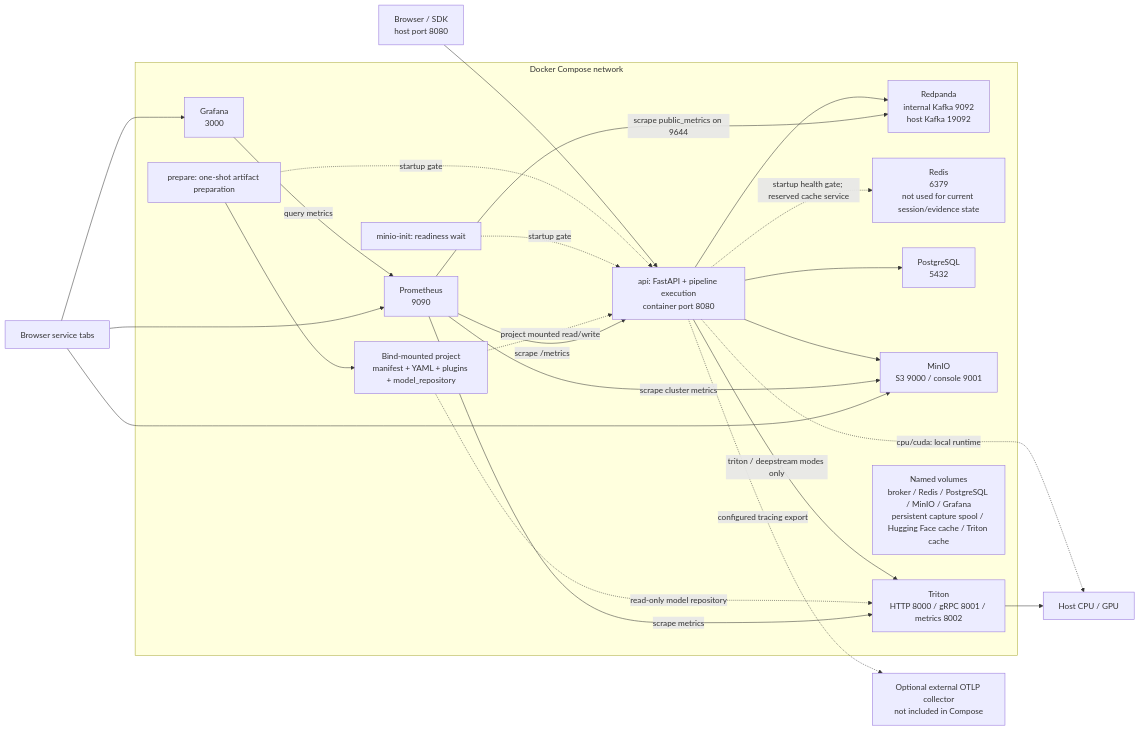
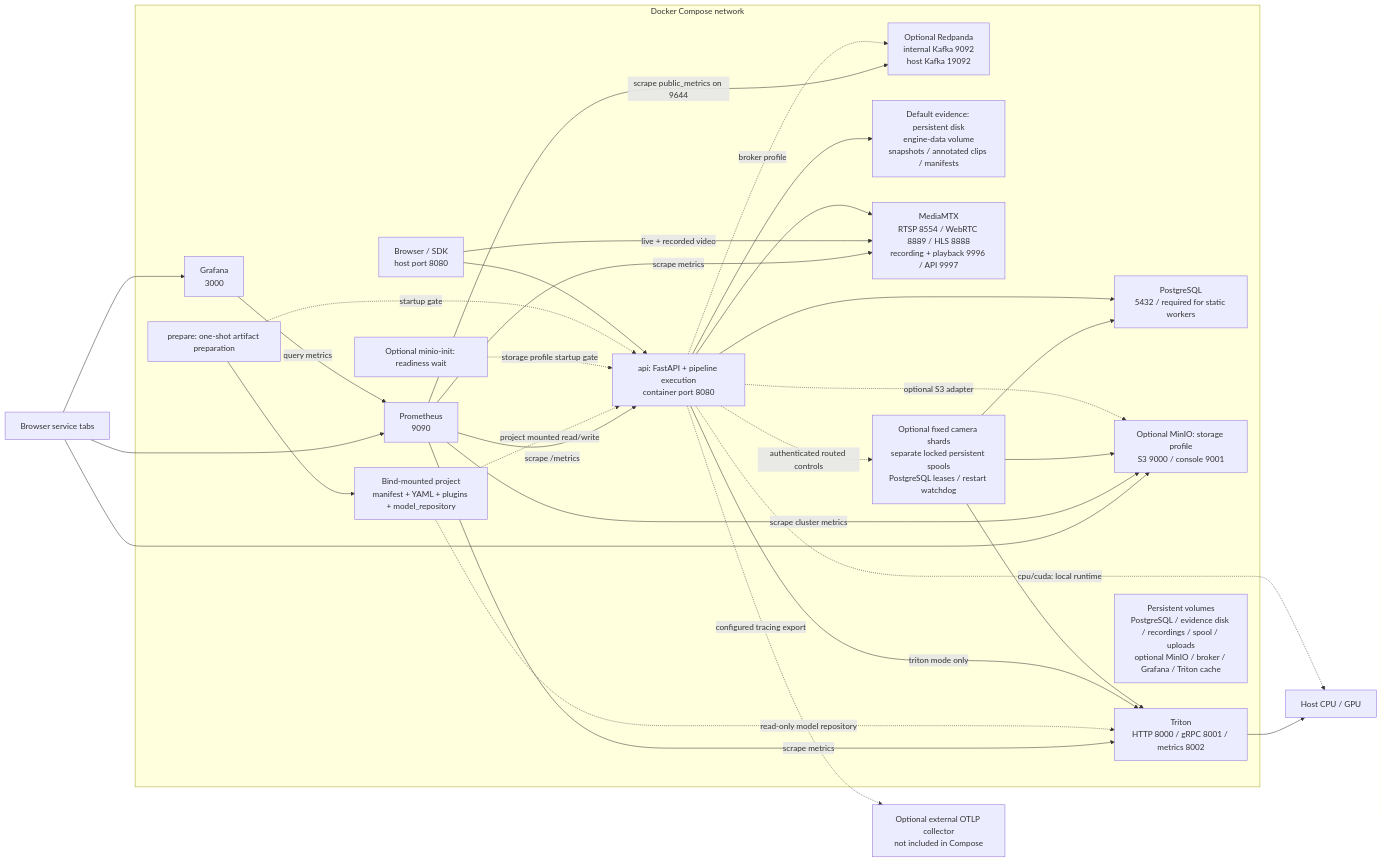
Before and after one commit to OsamaM0/inferops: the diagram in docs/architecture/09-deployment.mmd, drawn with Mermaid. The commit also changed 209 other files, not shown here.

First line of the commit message:
Add comprehensive tests for source control, spool accounting, Triton repository, worker control, and ownership management

```diff
--- a/docs/architecture/09-deployment.mmd
+++ b/docs/architecture/09-deployment.mmd
@@ -1,26 +1,33 @@
 flowchart LR
     CLIENT["Browser / SDK<br/>host port 8080"] --> API
     subgraph STACK["Docker Compose network"]
         PREP["prepare: one-shot artifact preparation"] -. "startup gate" .-> API["api: FastAPI + pipeline execution<br/>container port 8080"]
-        MININIT["minio-init: readiness wait"] -. "startup gate" .-> API
-        API --> RP["Redpanda<br/>internal Kafka 9092<br/>host Kafka 19092"]
-        API -. "startup health gate; reserved cache service" .-> REDIS["Redis<br/>6379<br/>not used for current session/evidence state"]
-        API --> PG["PostgreSQL<br/>5432"]
-        API --> MINIO["MinIO<br/>S3 9000 / console 9001"]
-        API -->|"triton / deepstream modes only"| TRITON["Triton<br/>HTTP 8000 / gRPC 8001 / metrics 8002"]
+        MININIT["Optional minio-init: readiness wait"] -. "storage profile startup gate" .-> API
+        API -. broker profile .-> RP["Optional Redpanda<br/>internal Kafka 9092<br/>host Kafka 19092"]
+        API --> PG["PostgreSQL<br/>5432 / required for static workers"]
+        API --> DISK["Default evidence: persistent disk<br/>engine-data volume<br/>snapshots / annotated clips / manifests"]
+        API -. "optional S3 adapter" .-> MINIO["Optional MinIO: storage profile<br/>S3 9000 / console 9001"]
+        API --> MEDIA["MediaMTX<br/>RTSP 8554 / WebRTC 8889 / HLS 8888<br/>recording + playback 9996 / API 9997"]
+        CLIENT -->|"live + recorded video"| MEDIA
+        API -. authenticated routed controls .-> WORKERS["Optional fixed camera shards<br/>separate locked persistent spools<br/>PostgreSQL leases / restart watchdog"]
+        WORKERS --> PG
+        WORKERS --> MINIO
+        WORKERS --> TRITON
+        API -->|"triton mode only"| TRITON["Triton<br/>HTTP 8000 / gRPC 8001 / metrics 8002"]
         PREP --> MODELS["Bind-mounted project<br/>manifest + YAML + plugins + model_repository"]
         MODELS -. "read-only model repository" .-> TRITON
         MODELS -. "project mounted read/write" .-> API
         PROM["Prometheus<br/>9090"] -->|"scrape /metrics"| API
+        PROM -->|"scrape metrics"| MEDIA
         PROM -->|"scrape metrics"| TRITON
         PROM -->|"scrape cluster metrics"| MINIO
         PROM -->|"scrape public_metrics on 9644"| RP
         GRAF["Grafana<br/>3000"] -->|"query metrics"| PROM
-        VOL["Named volumes<br/>broker / Redis / PostgreSQL / MinIO / Grafana<br/>persistent capture spool / Hugging Face cache / Triton cache"]
+        VOL["Persistent volumes<br/>PostgreSQL / evidence disk / recordings / spool / uploads<br/>optional MinIO / broker / Grafana / Triton cache"]
     end
     ADMIN["Browser service tabs"] --> GRAF
     ADMIN --> MINIO
     ADMIN --> PROM
     API -. "cpu/cuda: local runtime" .-> HW["Host CPU / GPU"]
     TRITON --> HW
     API -. "configured tracing export" .-> OTEL["Optional external OTLP collector<br/>not included in Compose"]
```
